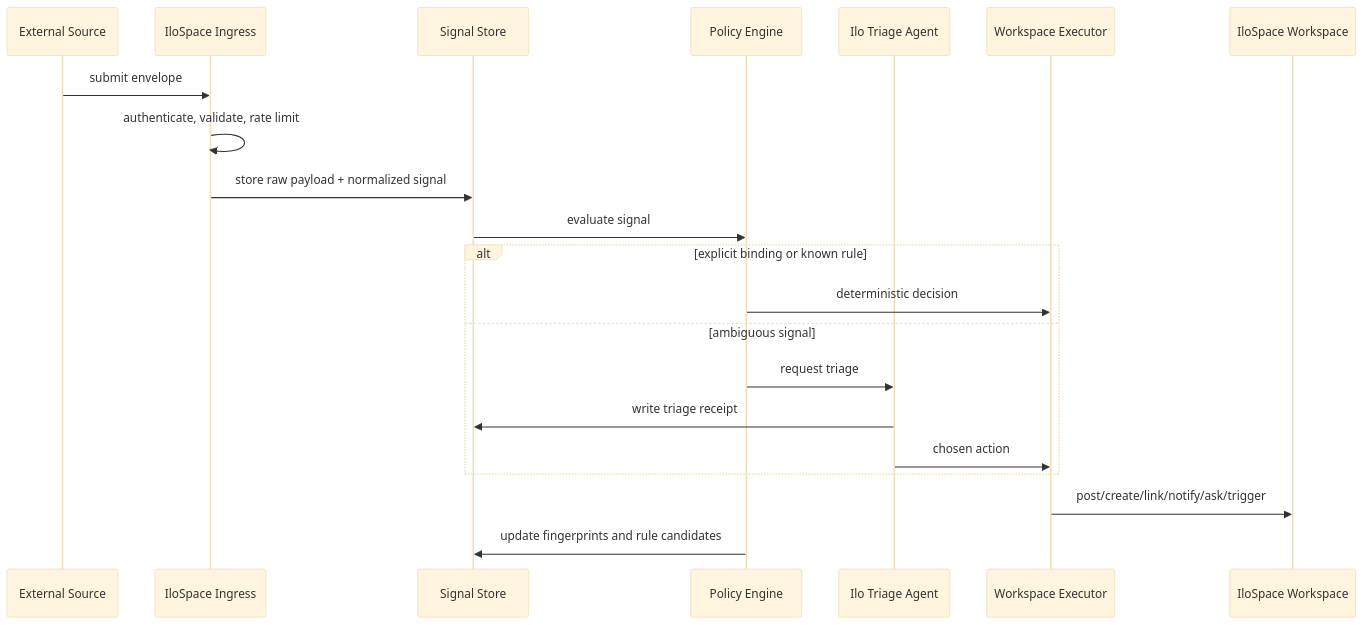
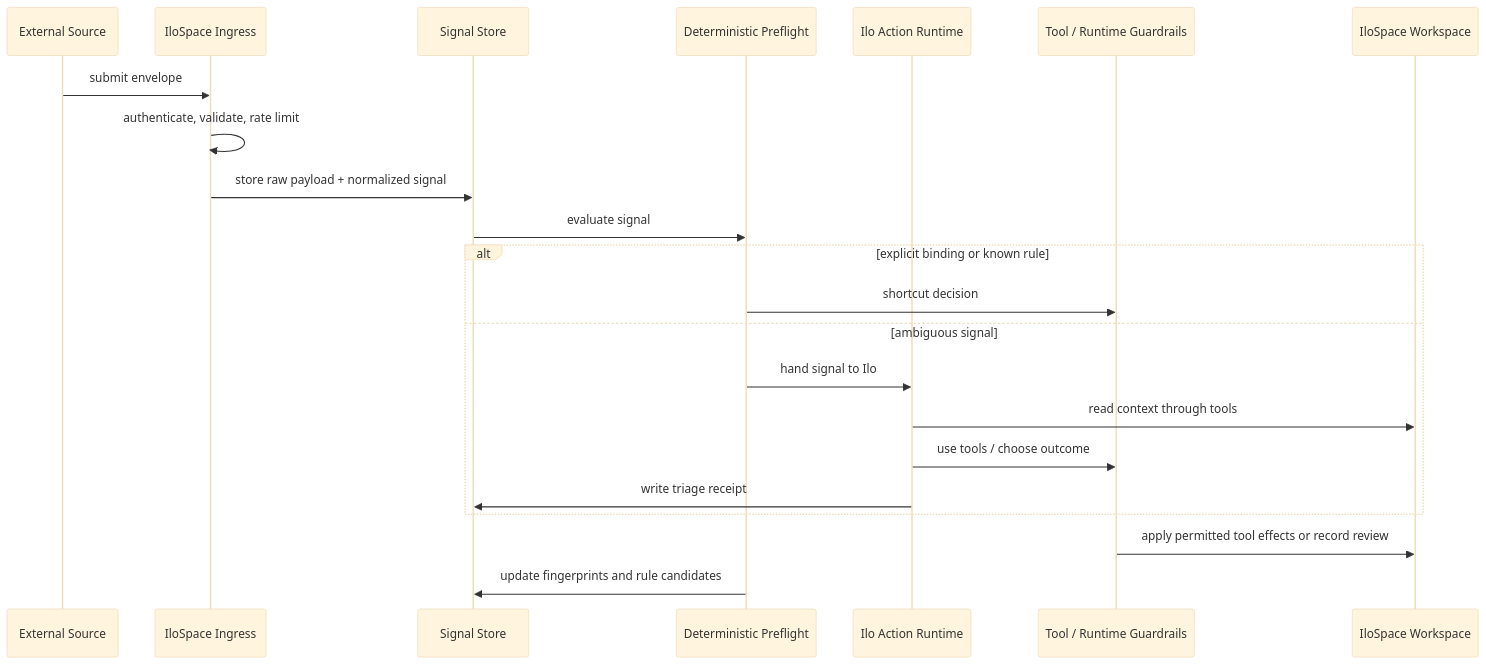
The third of 6 diagrams in docs/prd-inbound-coordination-layer.md (Illospace/illospace), drawn with Mermaid (base theme) before and after one commit. The commit also changed other lines of this file, not shown here.

````diff
--- a/docs/prd-inbound-coordination-layer.md
+++ b/docs/prd-inbound-coordination-layer.md
@@ -276,26 +290,27 @@
 ```mermaid
 sequenceDiagram
     participant Source as External Source
     participant Ingress as IloSpace Ingress
     participant Store as Signal Store
-    participant Policy as Policy Engine
-    participant Ilo as Ilo Triage Agent
-    participant Exec as Workspace Executor
+    participant Policy as Deterministic Preflight
+    participant Ilo as Ilo Action Runtime
+    participant Guard as Tool / Runtime Guardrails
     participant Workspace as IloSpace Workspace
 
     Source->>Ingress: submit envelope
     Ingress->>Ingress: authenticate, validate, rate limit
     Ingress->>Store: store raw payload + normalized signal
     Store->>Policy: evaluate signal
 
     alt explicit binding or known rule
-        Policy->>Exec: deterministic decision
+        Policy->>Guard: shortcut decision
     else ambiguous signal
-        Policy->>Ilo: request triage
+        Policy->>Ilo: hand signal to Ilo
+        Ilo->>Workspace: read context through tools
+        Ilo->>Guard: use tools / choose outcome
         Ilo->>Store: write triage receipt
-        Ilo->>Exec: chosen action
     end
 
-    Exec->>Workspace: post/create/link/notify/ask/trigger
+    Guard->>Workspace: apply permitted tool effects or record review
     Policy->>Store: update fingerprints and rule candidates
 ```
````
